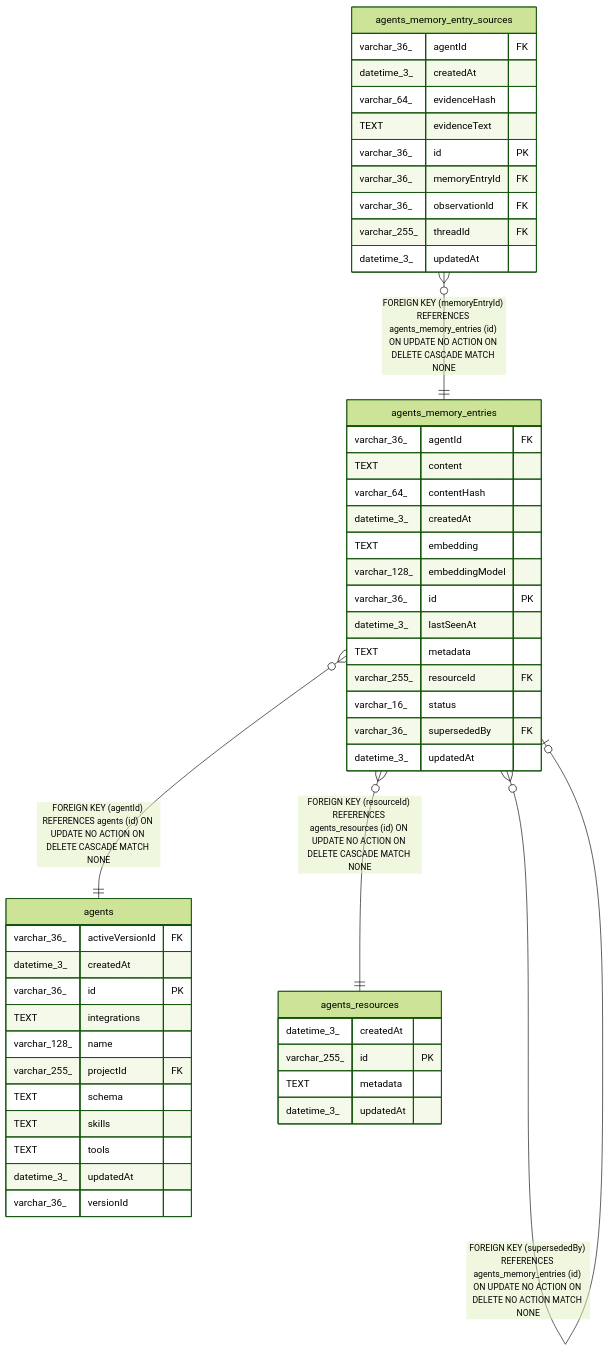
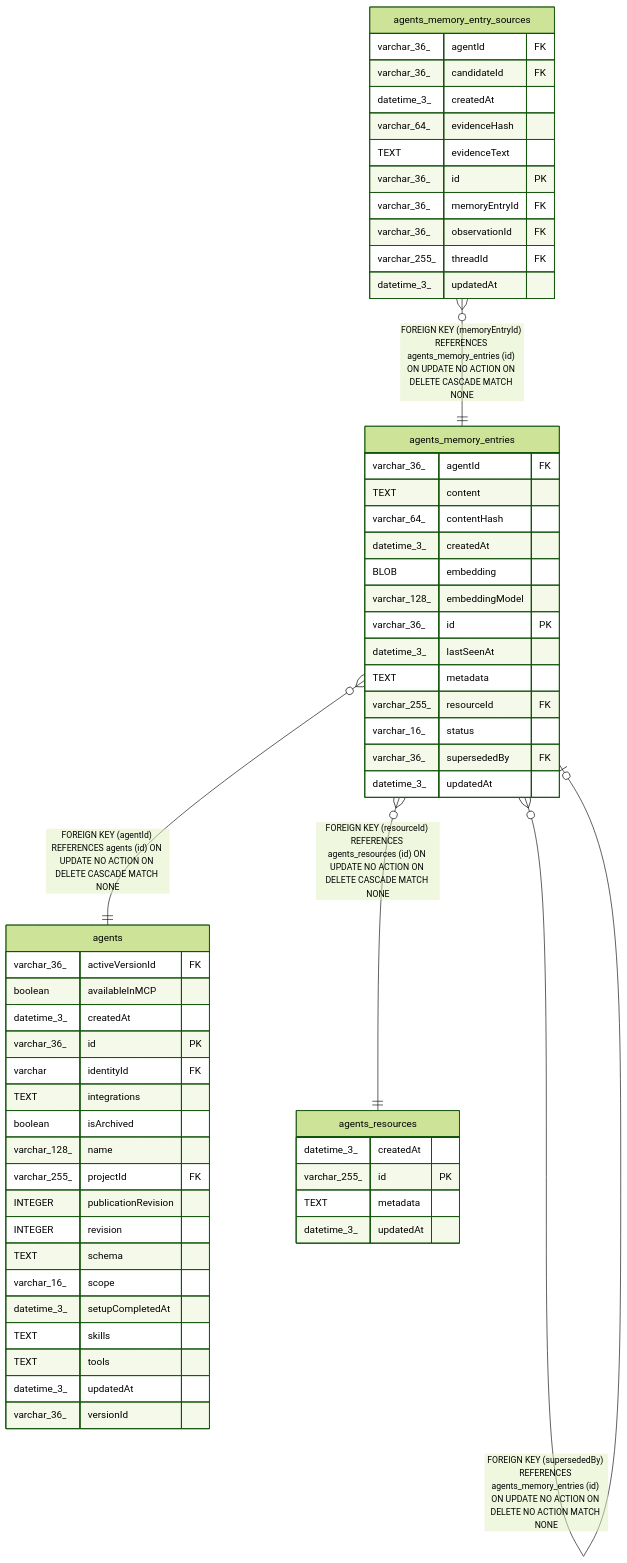
Before and after one commit to koreatest12/studys: the diagram in n8n_integration/n8n_source/docs/generated/sqlite-schema/agents_memory_entries.md, drawn with Mermaid (forest theme). The commit also changed other lines of this file and 23019 other files, not shown here.

````diff
--- a/n8n_integration/n8n_source/docs/generated/sqlite-schema/agents_memory_entries.md
+++ b/n8n_integration/n8n_source/docs/generated/sqlite-schema/agents_memory_entries.md
@@ -55,54 +55,62 @@
 ```mermaid
 erDiagram
 
 "agents_memory_entries" }o--|| "agents" : "FOREIGN KEY (agentId) REFERENCES agents (id) ON UPDATE NO ACTION ON DELETE CASCADE MATCH NONE"
 "agents_memory_entries" }o--o| "agents_memory_entries" : "FOREIGN KEY (supersededBy) REFERENCES agents_memory_entries (id) ON UPDATE NO ACTION ON DELETE NO ACTION MATCH NONE"
 "agents_memory_entry_sources" }o--|| "agents_memory_entries" : "FOREIGN KEY (memoryEntryId) REFERENCES agents_memory_entries (id) ON UPDATE NO ACTION ON DELETE CASCADE MATCH NONE"
 "agents_memory_entries" }o--|| "agents_resources" : "FOREIGN KEY (resourceId) REFERENCES agents_resources (id) ON UPDATE NO ACTION ON DELETE CASCADE MATCH NONE"
 
 "agents_memory_entries" {
   varchar_36_ agentId FK
   TEXT content
   varchar_64_ contentHash
   datetime_3_ createdAt
-  TEXT embedding
+  BLOB embedding
   varchar_128_ embeddingModel
   varchar_36_ id PK
   datetime_3_ lastSeenAt
   TEXT metadata
   varchar_255_ resourceId FK
   varchar_16_ status
   varchar_36_ supersededBy FK
   datetime_3_ updatedAt
 }
 "agents" {
   varchar_36_ activeVersionId FK
+  boolean availableInMCP
   datetime_3_ createdAt
   varchar_36_ id PK
+  varchar identityId FK
   TEXT integrations
+  boolean isArchived
   varchar_128_ name
   varchar_255_ projectId FK
+  INTEGER publicationRevision
+  INTEGER revision
   TEXT schema
+  varchar_16_ scope
+  datetime_3_ setupCompletedAt
   TEXT skills
   TEXT tools
   datetime_3_ updatedAt
   varchar_36_ versionId
 }
 "agents_memory_entry_sources" {
   varchar_36_ agentId FK
+  varchar_36_ candidateId FK
   datetime_3_ createdAt
   varchar_64_ evidenceHash
   TEXT evidenceText
   varchar_36_ id PK
   varchar_36_ memoryEntryId FK
   varchar_36_ observationId FK
   varchar_255_ threadId FK
   datetime_3_ updatedAt
 }
 "agents_resources" {
   datetime_3_ createdAt
   varchar_255_ id PK
   TEXT metadata
   datetime_3_ updatedAt
 }
 ```
````
